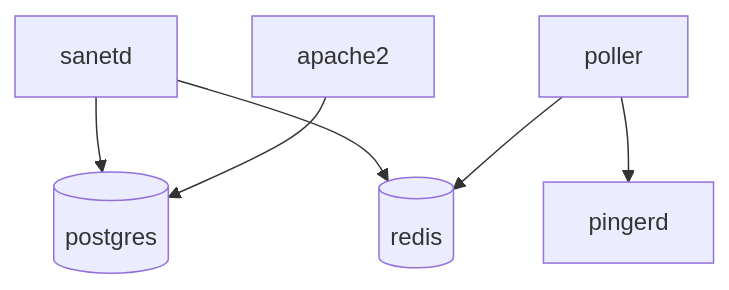
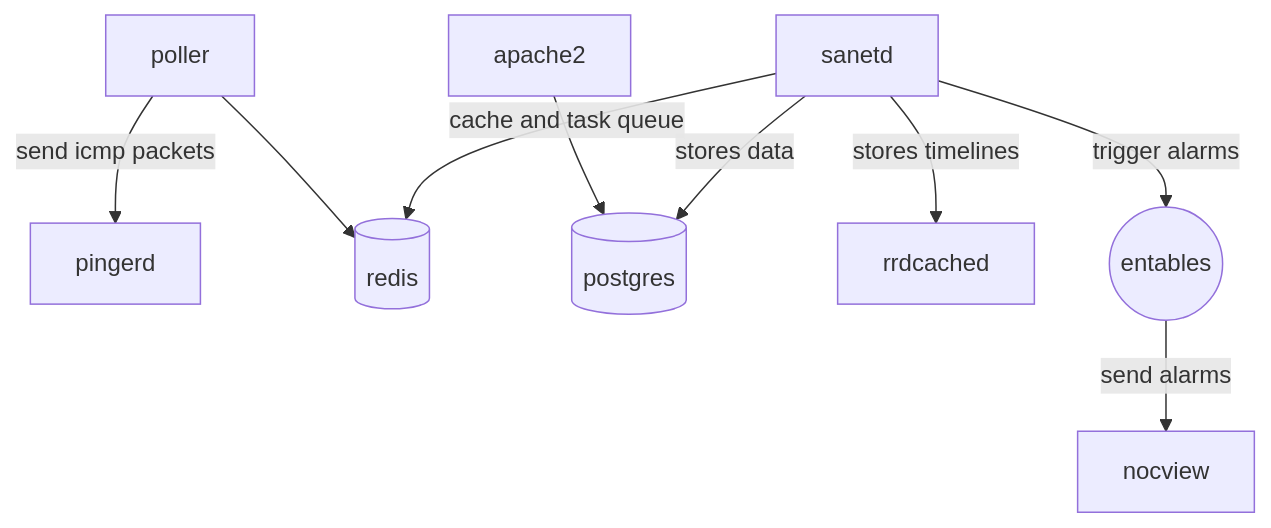
The diagram in graphs/sanet_architecture.mmd (carnivuth/deployment_lifecycle_design_in_monitoring_applications), drawn with Mermaid before and after one commit. The commit also changed 4 other files, not shown here.

```diff
--- a/graphs/sanet_architecture.mmd
+++ b/graphs/sanet_architecture.mmd
@@ -1,13 +1,18 @@
 flowchart TD
 A[sanetd]
 B[poller]
 C[pingerd]
 D[(redis)]
 E[(postgres)]
 F[apache2]
+G[rrdcached]
+H((entables))
+Z[nocview]
 
-A --> E
-A --> D
+A --stores data --> E
+A -- cache and task queue --> D
 B --> D
 F --> E
-B --> C
+B -- send icmp packets--> C
+A --stores timelines --> G
+A --trigger alarms --> H -- send alarms --> Z
```
